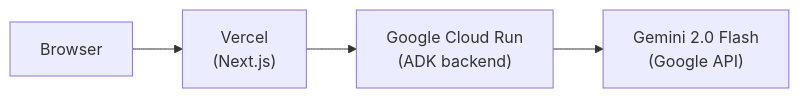
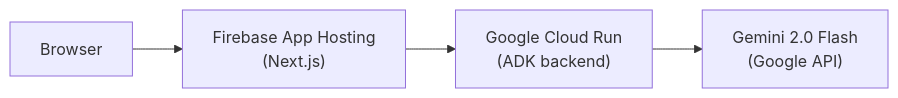
Before and after one commit to joshuawenghao/Study-guide-generation: the fourth of 4 diagrams in ARCHITECTURE.md, drawn with Mermaid. The commit also changed other lines of this file and 10 other files, not shown here.

Commit message:
task: regroom deployment docs for firebase app hosting

````diff
--- a/ARCHITECTURE.md
+++ b/ARCHITECTURE.md
@@ -669,6 +669,6 @@
 ```mermaid
 flowchart LR
-    Browser --> Vercel["Vercel\n(Next.js)"]
-    Vercel --> CloudRun["Google Cloud Run\n(ADK backend)"]
+  Browser --> AppHosting["Firebase App Hosting\n(Next.js)"]
+  AppHosting --> CloudRun["Google Cloud Run\n(ADK backend)"]
     CloudRun --> Gemini["Gemini 2.0 Flash\n(Google API)"]
 ```
````
